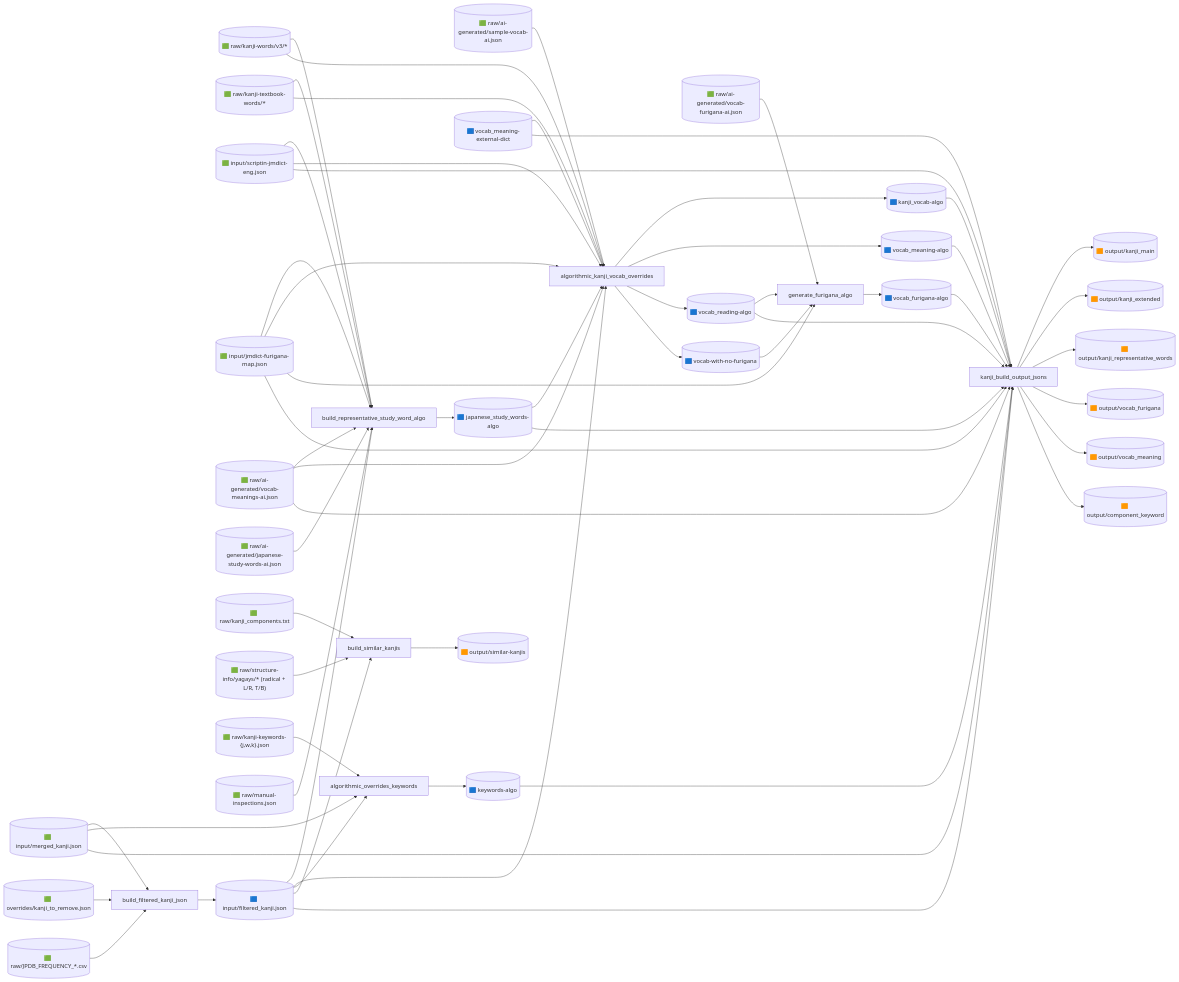
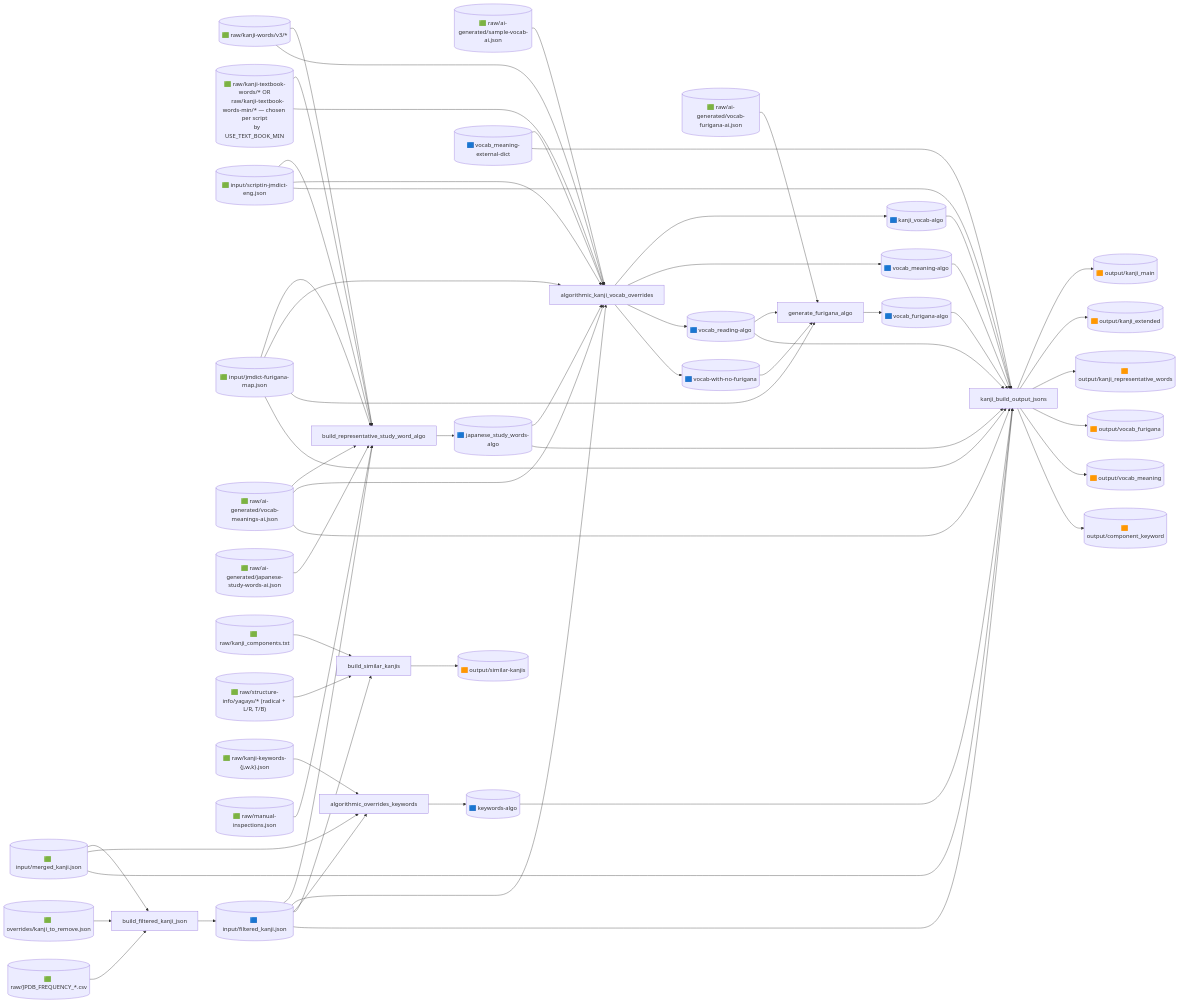
One commit to PikaPikaGems/kanji-heatmap-data changed the second of 8 diagrams in notes/flowchart.md. Above: the diagram before and after it, drawn with Mermaid. The commit also changed other lines of this file and 4 other files, not shown here.

```diff
--- a/notes/flowchart.md
+++ b/notes/flowchart.md
@@ -57,7 +57,9 @@
     merged[("🟩 input/merged_kanji.json")]
     remove[("🟩 overrides/kanji_to_remove.json")]
     v3[("🟩 raw/kanji-words/v3/*")]
-    textbook[("🟩 raw/kanji-textbook-words/*")]
+    textbook[("🟩 raw/kanji-textbook-words/* OR
+    raw/kanji-textbook-words-min/* — chosen per script
+    by USE_TEXT_BOOK_MIN")]
     jmdict[("🟩 input/scriptin-jmdict-eng.json")]
     furimap[("🟩 input/jmdict-furigana-map.json")]
     aiwords[("🟩 raw/ai-generated/sample-vocab-ai.json")]
```
